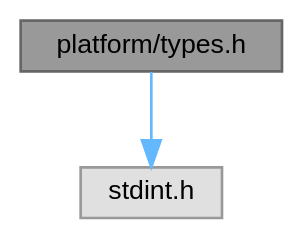
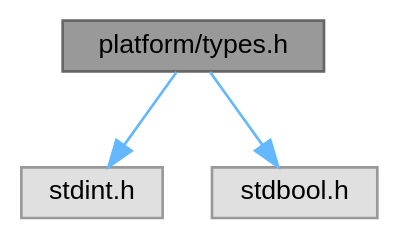
One commit to ebs-universe/piolib-platform changed the diagram in types_8h__incl.dot. Above: the diagram before and after it, drawn with Graphviz. The commit also changed 95 other files, not shown here.

```diff
--- a/types_8h__incl.dot
+++ b/types_8h__incl.dot
@@ -1,11 +1,13 @@
 digraph "platform/types.h"
 {
  // INTERACTIVE_SVG=YES
  // LATEX_PDF_SIZE
   bgcolor="transparent";
   edge [fontname=Helvetica,fontsize=10,labelfontname=Helvetica,labelfontsize=10];
   node [fontname=Helvetica,fontsize=10,shape=box,height=0.2,width=0.4];
   Node1 [id="Node000001",label="platform/types.h",height=0.2,width=0.4,color="gray40", fillcolor="grey60", style="filled", fontcolor="black",tooltip=" "];
   Node1 -> Node2 [id="edge1_Node000001_Node000002",color="steelblue1",style="solid",tooltip=" "];
   Node2 [id="Node000002",label="stdint.h",height=0.2,width=0.4,color="grey60", fillcolor="#E0E0E0", style="filled",tooltip=" "];
+  Node1 -> Node3 [id="edge2_Node000001_Node000003",color="steelblue1",style="solid",tooltip=" "];
+  Node3 [id="Node000003",label="stdbool.h",height=0.2,width=0.4,color="grey60", fillcolor="#E0E0E0", style="filled",tooltip=" "];
 }
```
